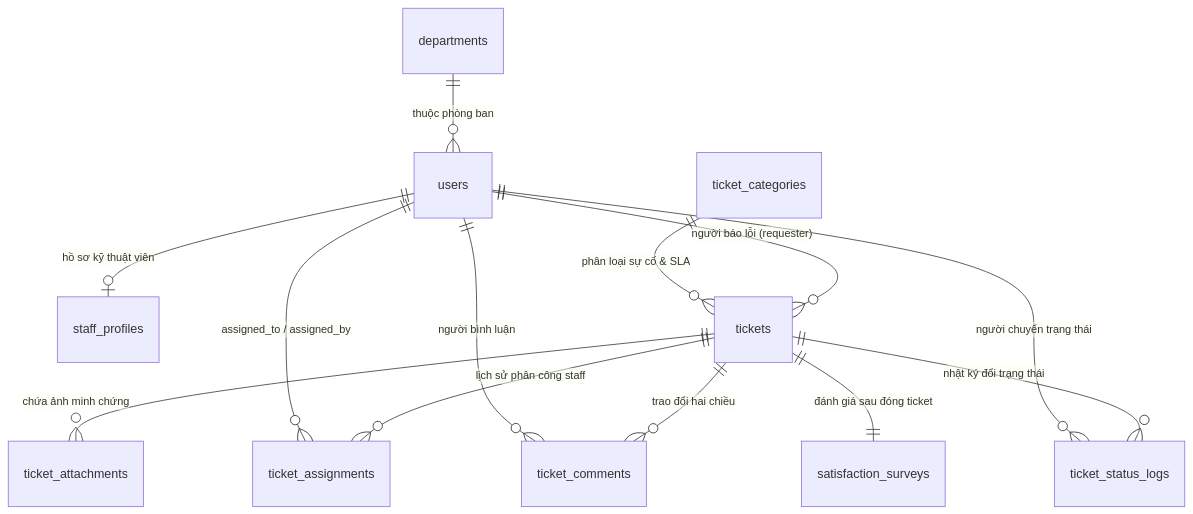
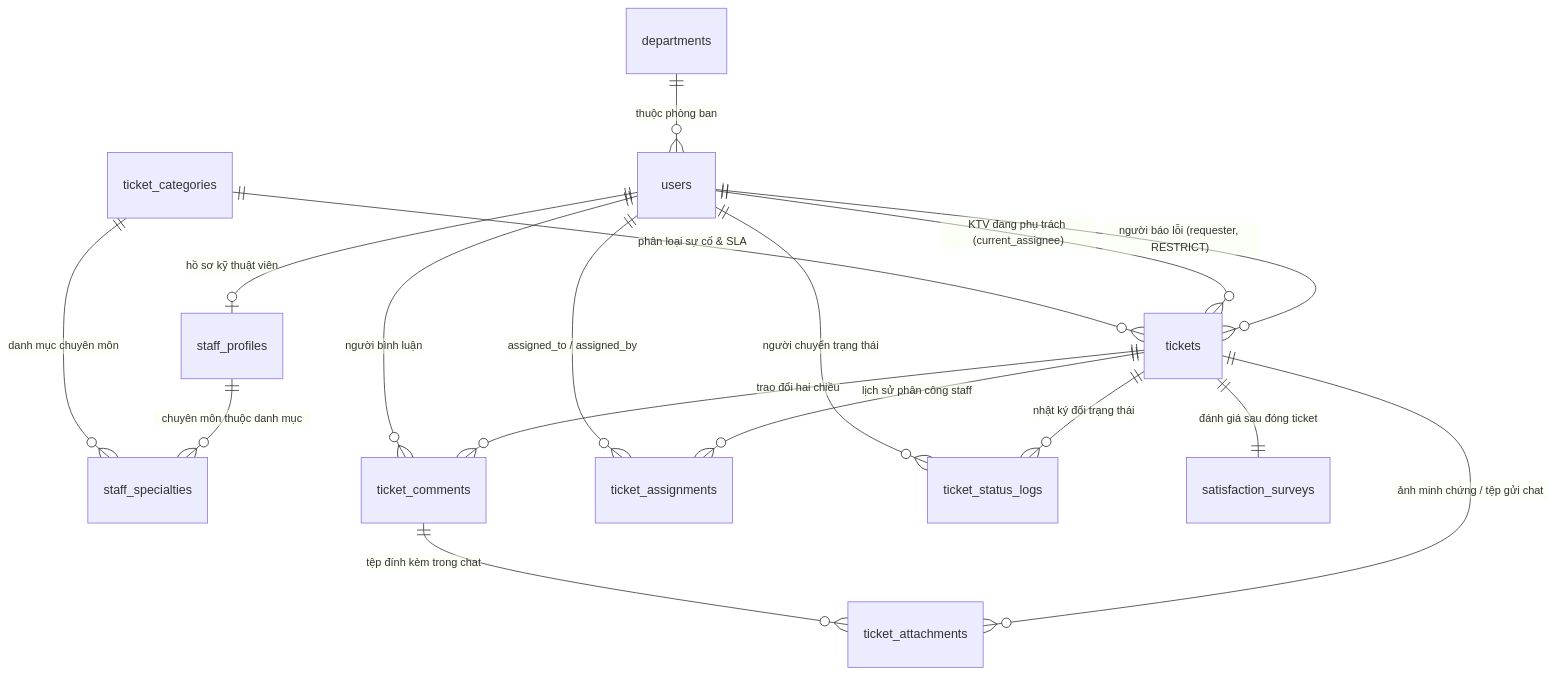
Before and after one commit to Leduong12a/CSE485-Nhom13: the diagram in database_schema.md, drawn with Mermaid. The commit also changed other lines of this file, not shown here.

Commit message:
fix(db): resolve FK cascade issue, add SLA timestamps, current_assignee cache and DDL indexes

````diff
--- a/database_schema.md
+++ b/database_schema.md
@@ -9,15 +9,19 @@
 ```mermaid
 erDiagram
     departments ||--o{ users : "thuộc phòng ban"
     users ||--o| staff_profiles : "hồ sơ kỹ thuật viên"
-    users ||--o{ tickets : "người báo lỗi (requester)"
+    staff_profiles ||--o{ staff_specialties : "chuyên môn thuộc danh mục"
+    ticket_categories ||--o{ staff_specialties : "danh mục chuyên môn"
+    users ||--o{ tickets : "người báo lỗi (requester, RESTRICT)"
+    users ||--o{ tickets : "KTV đang phụ trách (current_assignee)"
     ticket_categories ||--o{ tickets : "phân loại sự cố & SLA"
-    tickets ||--o{ ticket_attachments : "chứa ảnh minh chứng"
+    tickets ||--o{ ticket_attachments : "ảnh minh chứng / tệp gửi chat"
+    ticket_comments ||--o{ ticket_attachments : "tệp đính kèm trong chat"
     tickets ||--o{ ticket_assignments : "lịch sử phân công staff"
     users ||--o{ ticket_assignments : "assigned_to / assigned_by"
     tickets ||--o{ ticket_comments : "trao đổi hai chiều"
     users ||--o{ ticket_comments : "người bình luận"
     tickets ||--o{ ticket_status_logs : "nhật ký đổi trạng thái"
     users ||--o{ ticket_status_logs : "người chuyển trạng thái"
     tickets ||--|| satisfaction_surveys : "đánh giá sau đóng ticket"
 ```
````
